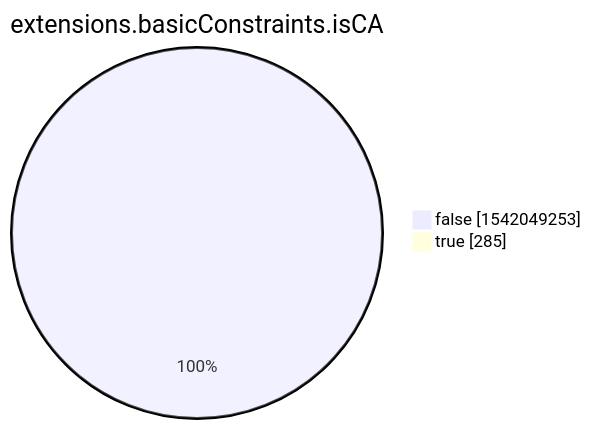
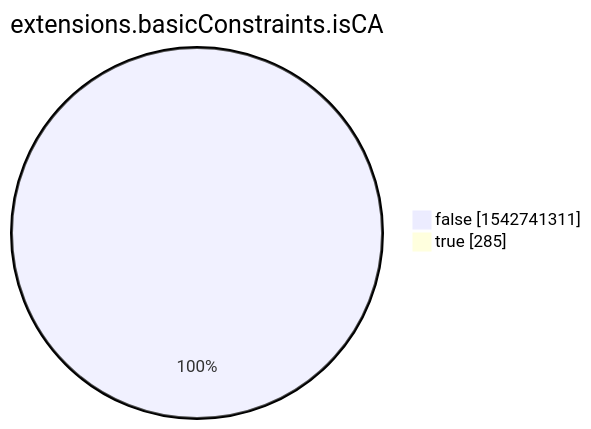
One commit to christiankrug/ctmonitor_visualization changed the eighth of 15 diagrams in xenon2022/README.md. Above: the diagram before and after it, drawn with Mermaid. The commit also changed other lines of this file, not shown here.

````diff
--- a/xenon2022/README.md
+++ b/xenon2022/README.md
@@ -2859,6 +2859,6 @@
 ```mermaid
 pie showData
 title extensions.basicConstraints.isCA
-"false" :1542049253
+"false" :1542741311
 "true" :285
 ```
````
